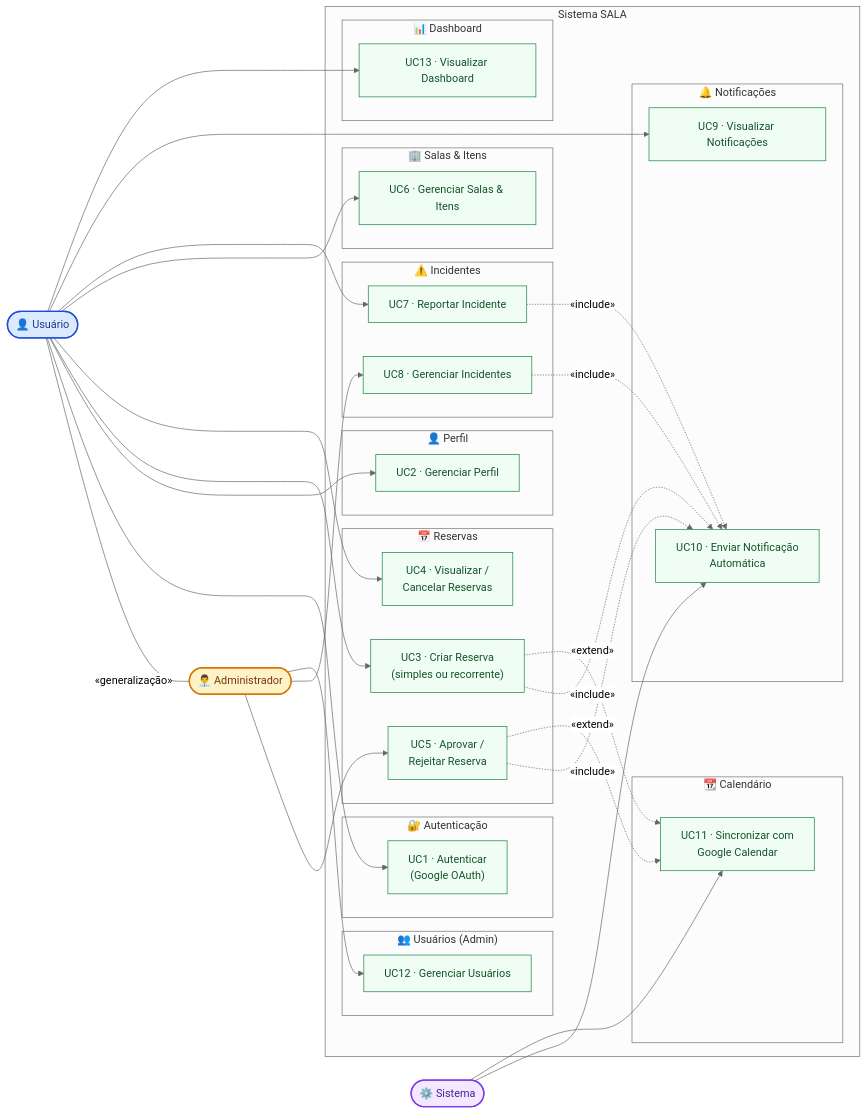
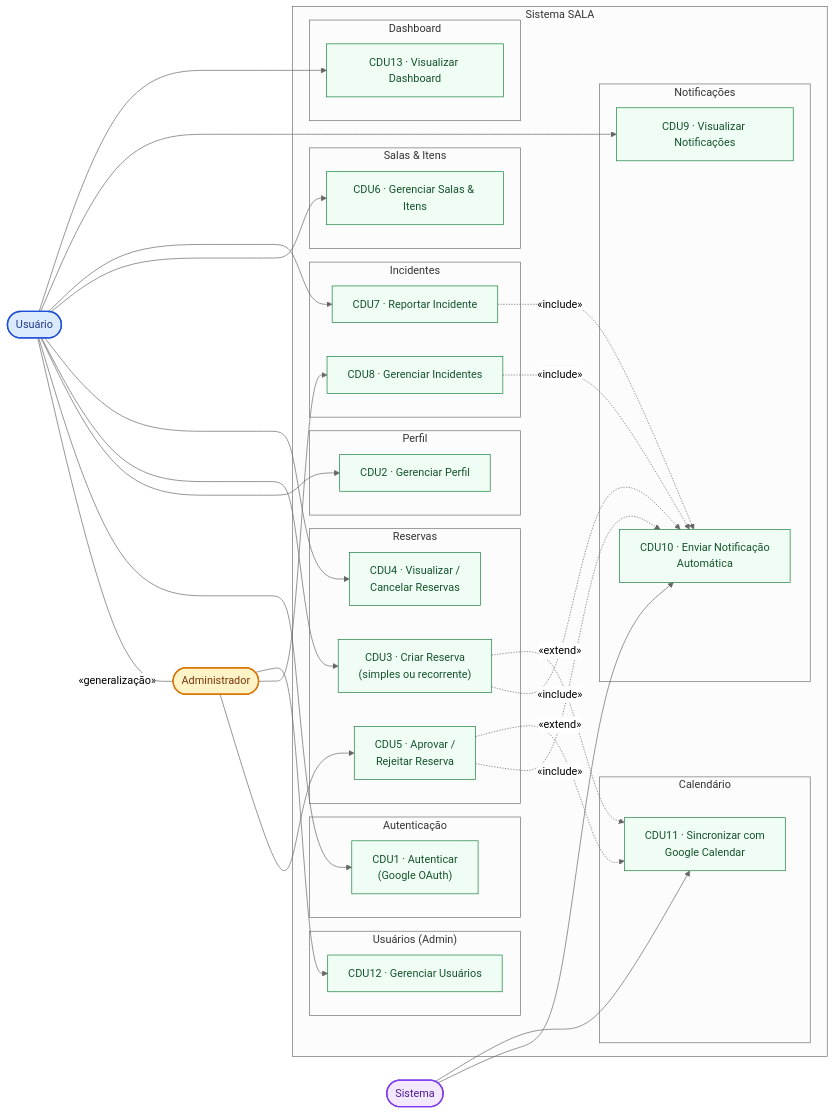
One commit to oCaioAug/SALA changed the diagram in docs/Diagrama-Casos-de-Uso-Web.md. Above: the diagram before and after it, drawn with Mermaid (neutral theme). The commit also changed other lines of this file, not shown here.

Commit message:
docs: update user case diagram

````diff
--- a/docs/Diagrama-Casos-de-Uso-Web.md
+++ b/docs/Diagrama-Casos-de-Uso-Web.md
@@ -3,85 +3,85 @@
 ```mermaid
 graph LR
-    %% ── Atores ──────────────────────────────────────────────────────
-    User(["👤 Usuário"])
-    Admin(["👨‍💼 Administrador"])
-    Sistema(["⚙️ Sistema"])
+    %% -- Atores --
+    User(["Usuário"])
+    Admin(["Administrador"])
+    Sistema(["Sistema"])
 
     %% Generalização: Admin é um Usuário
     User ---|"«generalização»"| Admin
 
-    %% ── Casos de Uso ─────────────────────────────────────────────────
+    %% -- Casos de Uso --
     subgraph sistema_sala ["Sistema SALA"]
 
-        subgraph auth ["🔐 Autenticação"]
-            UC1["UC1 · Autenticar\n(Google OAuth)"]
+        subgraph auth ["Autenticação"]
+            CDU1["CDU1 · Autenticar\n(Google OAuth)"]
         end
 
-        subgraph perfil ["👤 Perfil"]
-            UC2["UC2 · Gerenciar Perfil"]
+        subgraph perfil ["Perfil"]
+            CDU2["CDU2 · Gerenciar Perfil"]
         end
 
-        subgraph reservas ["📅 Reservas"]
-            UC3["UC3 · Criar Reserva\n(simples ou recorrente)"]
-            UC4["UC4 · Visualizar /\nCancelar Reservas"]
-            UC5["UC5 · Aprovar /\nRejeitar Reserva"]
+        subgraph reservas ["Reservas"]
+            CDU3["CDU3 · Criar Reserva\n(simples ou recorrente)"]
+            CDU4["CDU4 · Visualizar /\nCancelar Reservas"]
+            CDU5["CDU5 · Aprovar /\nRejeitar Reserva"]
         end
 
-        subgraph salas ["🏢 Salas & Itens"]
-            UC6["UC6 · Gerenciar Salas & Itens"]
+        subgraph salas ["Salas & Itens"]
+            CDU6["CDU6 · Gerenciar Salas & Itens"]
         end
 
-        subgraph incidentes ["⚠️ Incidentes"]
-            UC7["UC7 · Reportar Incidente"]
-            UC8["UC8 · Gerenciar Incidentes"]
+        subgraph incidentes ["Incidentes"]
+            CDU7["CDU7 · Reportar Incidente"]
+            CDU8["CDU8 · Gerenciar Incidentes"]
         end
 
-        subgraph notificacoes ["🔔 Notificações"]
-            UC9["UC9 · Visualizar Notificações"]
-            UC10["UC10 · Enviar Notificação\nAutomática"]
+        subgraph notificacoes ["Notificações"]
+            CDU9["CDU9 · Visualizar Notificações"]
+            CDU10["CDU10 · Enviar Notificação\nAutomática"]
         end
 
-        subgraph calendario ["📆 Calendário"]
-            UC11["UC11 · Sincronizar com\nGoogle Calendar"]
+        subgraph calendario ["Calendário"]
+            CDU11["CDU11 · Sincronizar com\nGoogle Calendar"]
         end
 
-        subgraph usuarios_mgmt ["👥 Usuários (Admin)"]
-            UC12["UC12 · Gerenciar Usuários"]
+        subgraph usuarios_mgmt ["Usuários (Admin)"]
+            CDU12["CDU12 · Gerenciar Usuários"]
         end
 
-        subgraph dashboard ["📊 Dashboard"]
-            UC13["UC13 · Visualizar Dashboard"]
+        subgraph dashboard ["Dashboard"]
+            CDU13["CDU13 · Visualizar Dashboard"]
         end
     end
 
-    %% ── Relacionamentos – Usuário ────────────────────────────────────
-    User --> UC1
-    User --> UC2
-    User --> UC3
-    User --> UC4
-    User --> UC6
-    User --> UC7
-    User --> UC9
-    User --> UC13
+    %% -- Relacionamentos - Usuário --
+    User --> CDU1
+    User --> CDU2
+    User --> CDU3
+    User --> CDU4
+    User --> CDU6
+    User --> CDU7
+    User --> CDU9
+    User --> CDU13
 
-    %% ── Relacionamentos – Administrador (exclusivos) ─────────────────
-    Admin --> UC5
-    Admin --> UC8
-    Admin --> UC12
+    %% -- Relacionamentos - Administrador (exclusivos) --
+    Admin --> CDU5
+    Admin --> CDU8
+    Admin --> CDU12
 
-    %% ── Relacionamentos – Sistema ─────────────────────────────────────
-    Sistema --> UC10
-    Sistema --> UC11
+    %% -- Relacionamentos - Sistema --
+    Sistema --> CDU10
+    Sistema --> CDU11
 
-    %% ── Dependências entre casos de uso ──────────────────────────────
-    UC3 -. "«include»" .-> UC10
-    UC5 -. "«include»" .-> UC10
-    UC7 -. "«include»" .-> UC10
-    UC8 -. "«include»" .-> UC10
-    UC3 -. "«extend»" .-> UC11
-    UC5 -. "«extend»" .-> UC11
+    %% -- Dependências entre casos de uso --
+    CDU3 -. "«include»" .-> CDU10
+    CDU5 -. "«include»" .-> CDU10
+    CDU7 -. "«include»" .-> CDU10
+    CDU8 -. "«include»" .-> CDU10
+    CDU3 -. "«extend»" .-> CDU11
+    CDU5 -. "«extend»" .-> CDU11
 
-    %% ── Estilos ──────────────────────────────────────────────────────
+    %% -- Estilos --
     classDef actorClass fill:#dbeafe,stroke:#1d4ed8,stroke-width:2px,color:#1e3a8a
     classDef adminClass fill:#fef3c7,stroke:#d97706,stroke-width:2px,color:#78350f
     classDef sistemaClass fill:#f3e8ff,stroke:#7c3aed,stroke-width:2px,color:#4c1d95
@@ -90,5 +90,5 @@
     class User actorClass
     class Admin adminClass
     class Sistema sistemaClass
-    class UC1,UC2,UC3,UC4,UC5,UC6,UC7,UC8,UC9,UC10,UC11,UC12,UC13 ucClass
+    class CDU1,CDU2,CDU3,CDU4,CDU5,CDU6,CDU7,CDU8,CDU9,CDU10,CDU11,CDU12,CDU13 ucClass
 ```
````
